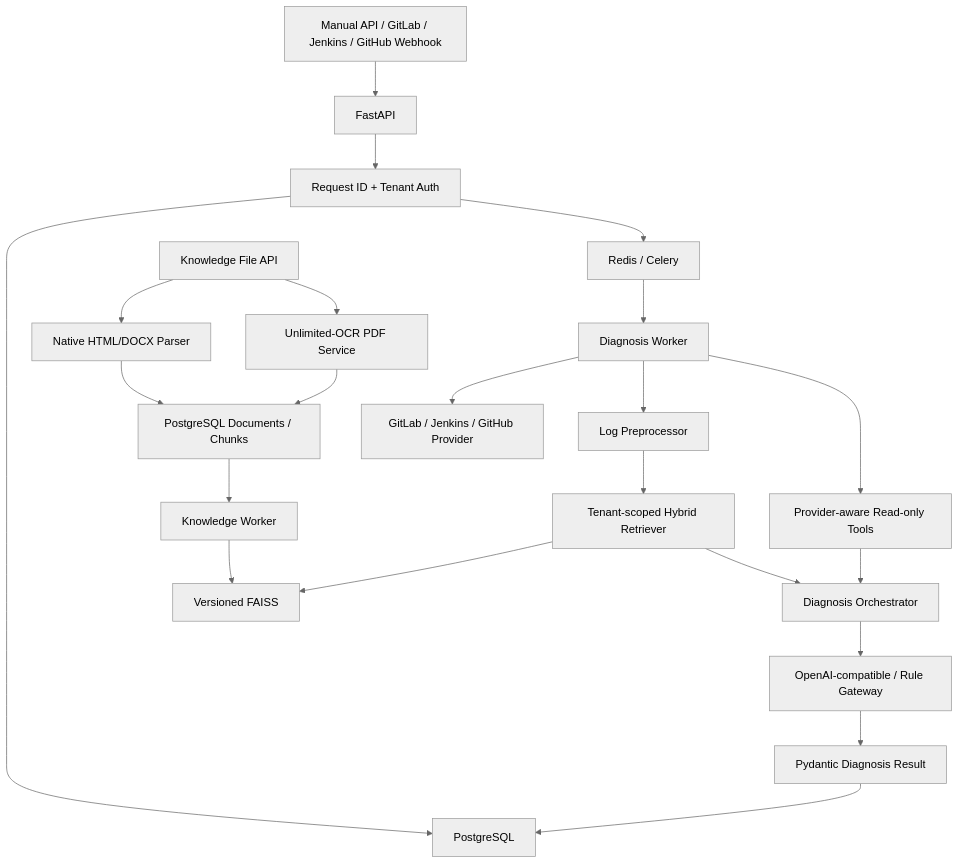
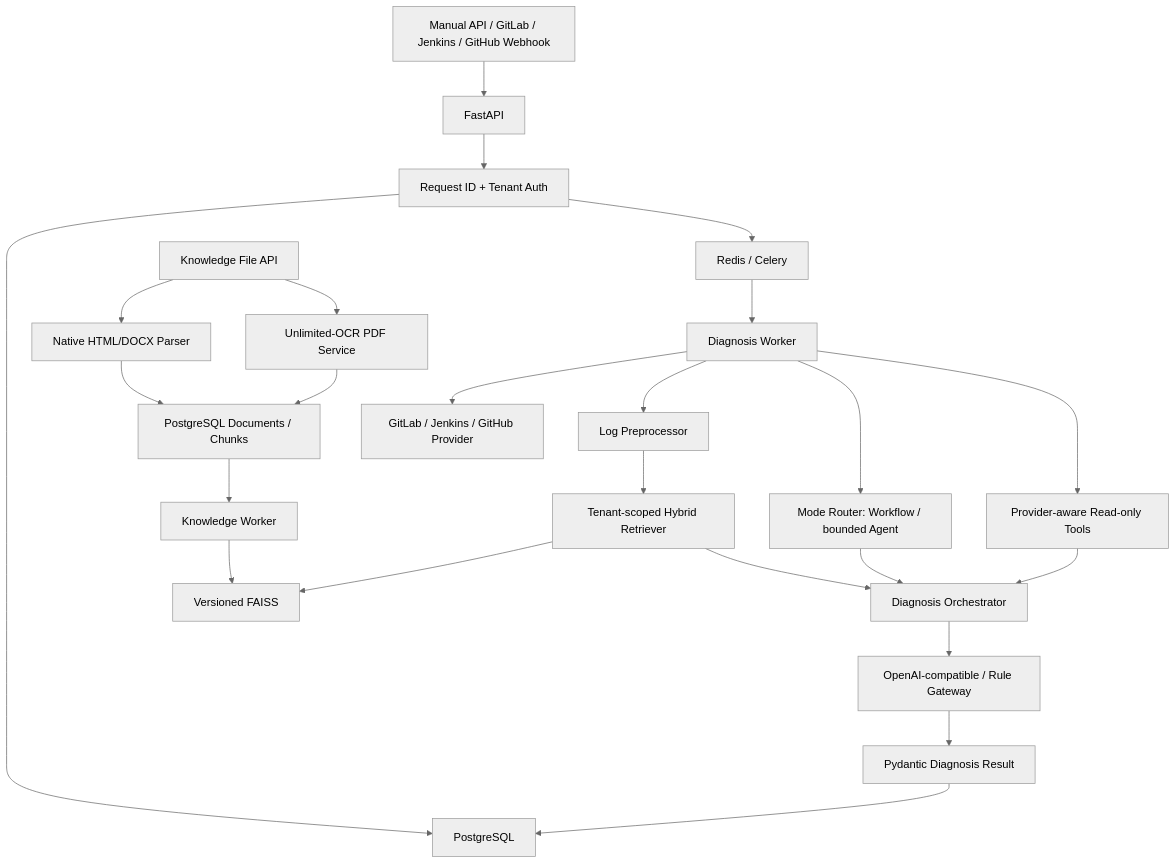
The diagram in docs/architecture.md (goblinM/ci-assistant-platform), drawn with Mermaid (neutral theme) before and after one commit. The commit also changed other lines of this file and 54 other files, not shown here.

````diff
--- a/docs/architecture.md
+++ b/docs/architecture.md
@@ -8,26 +8,28 @@
 ```mermaid
 flowchart TD
     A["Manual API / GitLab / Jenkins / GitHub Webhook"] --> B["FastAPI"]
     B --> C["Request ID + Tenant Auth"]
     C --> D["PostgreSQL"]
     C --> E["Redis / Celery"]
     E --> F["Diagnosis Worker"]
 
     F --> G["GitLab / Jenkins / GitHub Provider"]
     F --> H["Log Preprocessor"]
+    F --> T["Mode Router: Workflow / bounded Agent"]
     H --> I["Tenant-scoped Hybrid Retriever"]
     I --> J["Versioned FAISS"]
     F --> K["Provider-aware Read-only Tools"]
     I --> L["Diagnosis Orchestrator"]
+    T --> L
     K --> L
     L --> M["OpenAI-compatible / Rule Gateway"]
     M --> N["Pydantic Diagnosis Result"]
     N --> D
 
     O["Knowledge File API"] --> P["Native HTML/DOCX Parser"]
     O --> Q["Unlimited-OCR PDF Service"]
     P --> R["PostgreSQL Documents / Chunks"]
     Q --> R
     R --> S["Knowledge Worker"]
     S --> J
 ```
````
